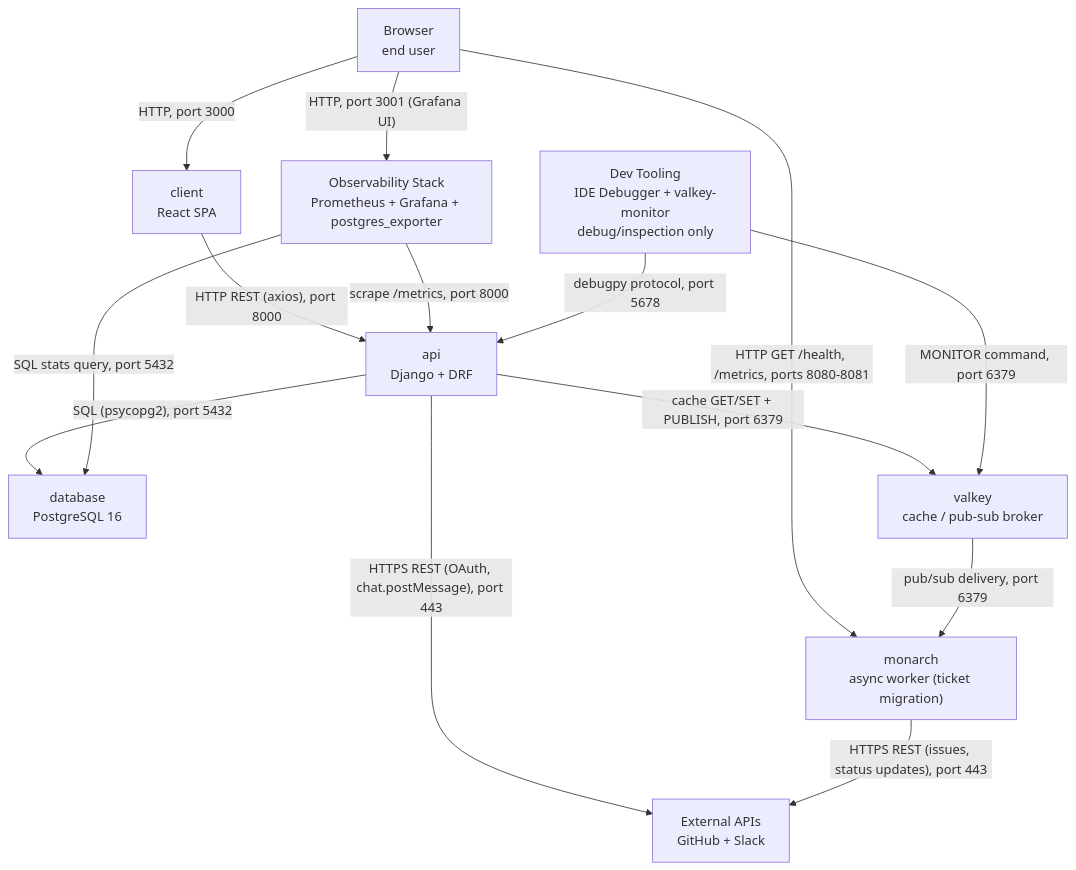
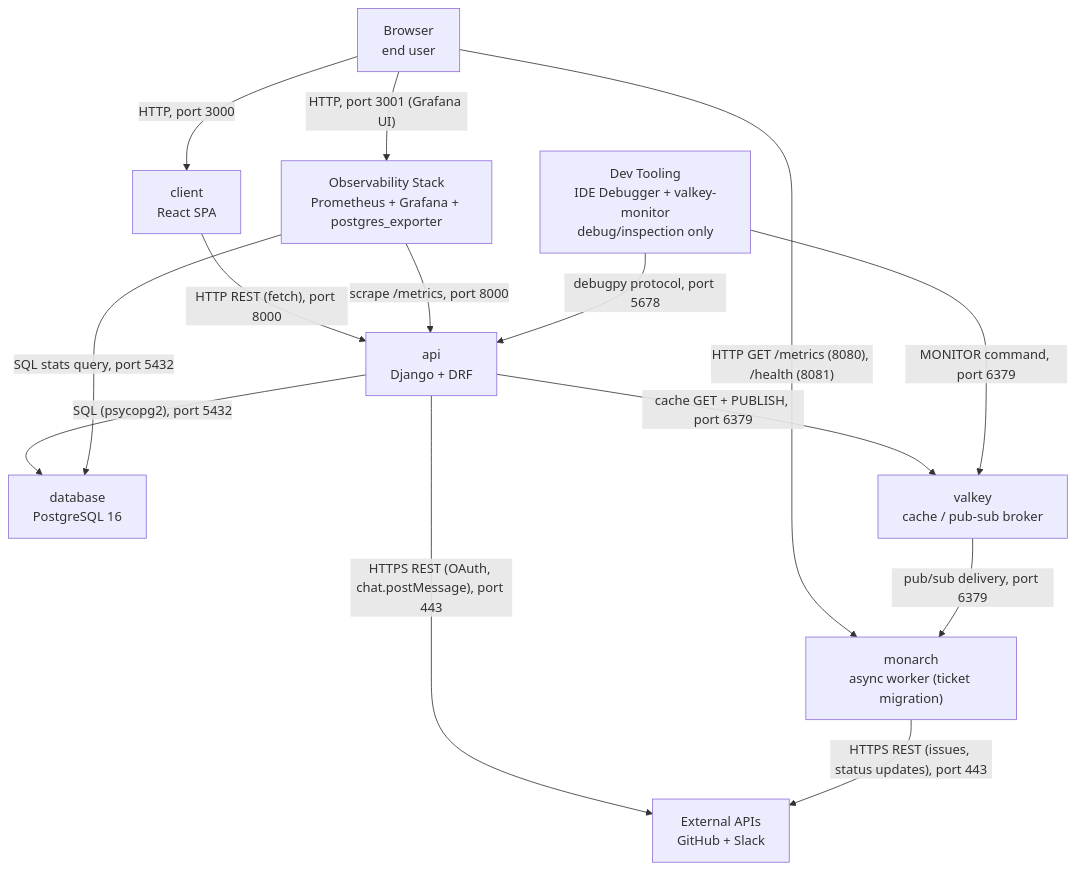
Before and after one commit to DarrenRaines-K9/learn-ops-infrastructure: the diagram in system-map-ai.md, drawn with Mermaid. The commit also changed other lines of this file, not shown here.

Commit message:
map updated

````diff
--- a/system-map-ai.md
+++ b/system-map-ai.md
@@ -5,26 +5,26 @@
 ```mermaid
 flowchart TD
     Browser["Browser<br/>end user"]
     DevTooling["Dev Tooling<br/>IDE Debugger + valkey-monitor<br/>debug/inspection only"]
     client["client<br/>React SPA"]
     api["api<br/>Django + DRF"]
     database["database<br/>PostgreSQL 16"]
     valkey["valkey<br/>cache / pub-sub broker"]
     monarch["monarch<br/>async worker (ticket migration)"]
     Observability["Observability Stack<br/>Prometheus + Grafana + postgres_exporter"]
     ExternalAPIs["External APIs<br/>GitHub + Slack"]
 
     Browser -->|"HTTP, port 3000"| client
     Browser -->|"HTTP, port 3001 (Grafana UI)"| Observability
-    Browser -->|"HTTP GET /health, /metrics, ports 8080-8081"| monarch
-    client -->|"HTTP REST (axios), port 8000"| api
+    Browser -->|"HTTP GET /metrics (8080), /health (8081)"| monarch
+    client -->|"HTTP REST (fetch), port 8000"| api
     api -->|"SQL (psycopg2), port 5432"| database
-    api -->|"cache GET/SET + PUBLISH, port 6379"| valkey
+    api -->|"cache GET + PUBLISH, port 6379"| valkey
     valkey -->|"pub/sub delivery, port 6379"| monarch
     api -->|"HTTPS REST (OAuth, chat.postMessage), port 443"| ExternalAPIs
     monarch -->|"HTTPS REST (issues, status updates), port 443"| ExternalAPIs
     Observability -->|"scrape /metrics, port 8000"| api
     Observability -->|"SQL stats query, port 5432"| database
     DevTooling -->|"debugpy protocol, port 5678"| api
     DevTooling -->|"MONITOR command, port 6379"| valkey
 ```
````
